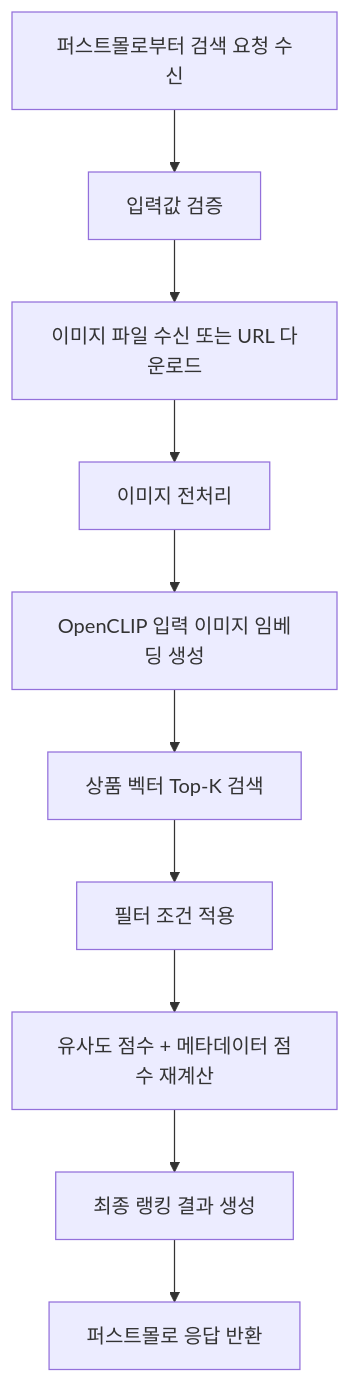
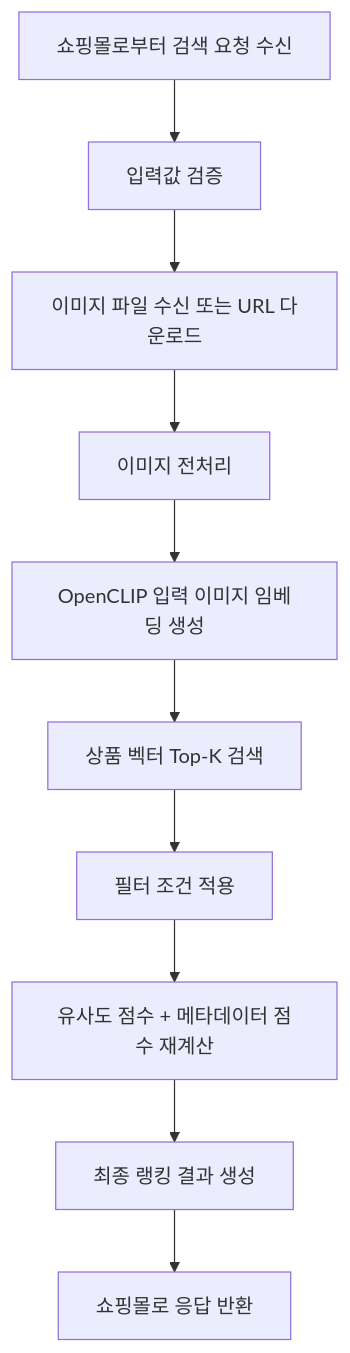
One commit to cincin00/playground-CLIP changed the third of 7 diagrams in README.md. Above: the diagram before and after it, drawn with Mermaid. The commit also changed other lines of this file, not shown here.

Commit message:
README.md 파일 업데이트: 퍼스트몰 관련 용어를 쇼핑몰로 변경

````diff
--- a/README.md
+++ b/README.md
@@ -116,13 +116,13 @@
 ```mermaid
 flowchart TD
-    REQ[퍼스트몰로부터 검색 요청 수신] --> INPUTCHK[입력값 검증]
+    REQ[쇼핑몰로부터 검색 요청 수신] --> INPUTCHK[입력값 검증]
     INPUTCHK --> IMGLOAD[이미지 파일 수신 또는 URL 다운로드]
     IMGLOAD --> PRE[이미지 전처리]
     PRE --> QEMB[OpenCLIP 입력 이미지 임베딩 생성]
 
     QEMB --> TOPK[상품 벡터 Top-K 검색]
     TOPK --> FILTER[필터 조건 적용]
     FILTER --> SCORE[유사도 점수 + 메타데이터 점수 재계산]
     SCORE --> FINAL[최종 랭킹 결과 생성]
-    FINAL --> RESP[퍼스트몰로 응답 반환]
+    FINAL --> RESP[쇼핑몰로 응답 반환]
 ```
````
